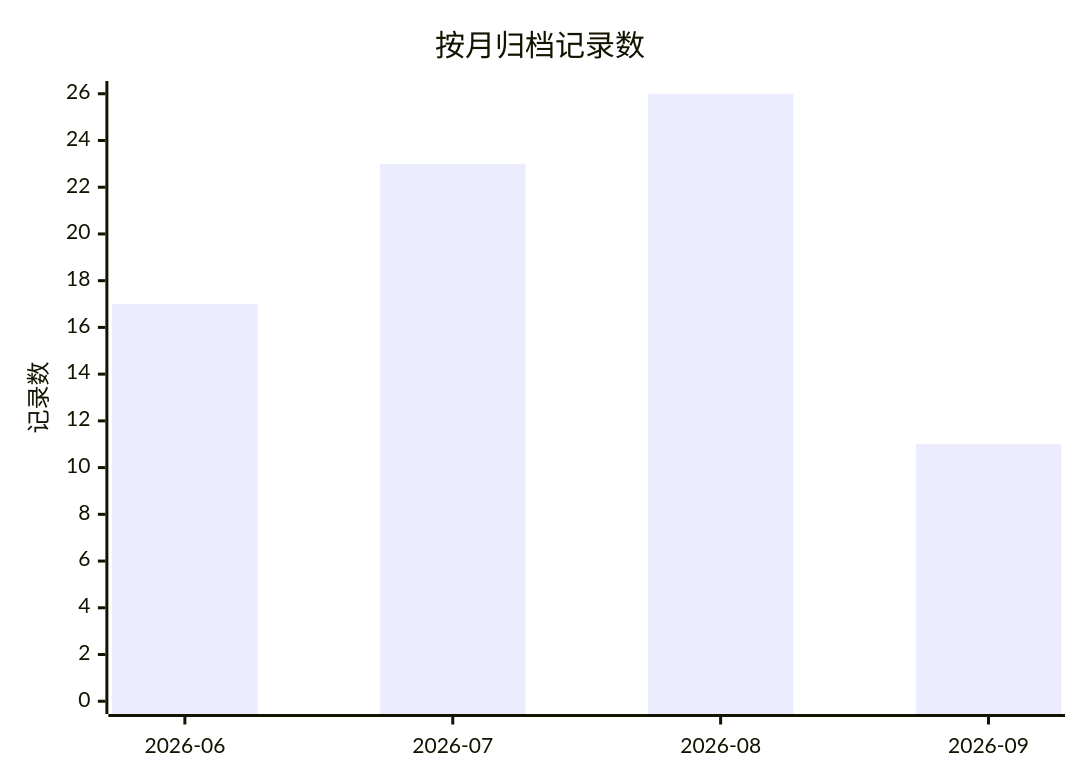
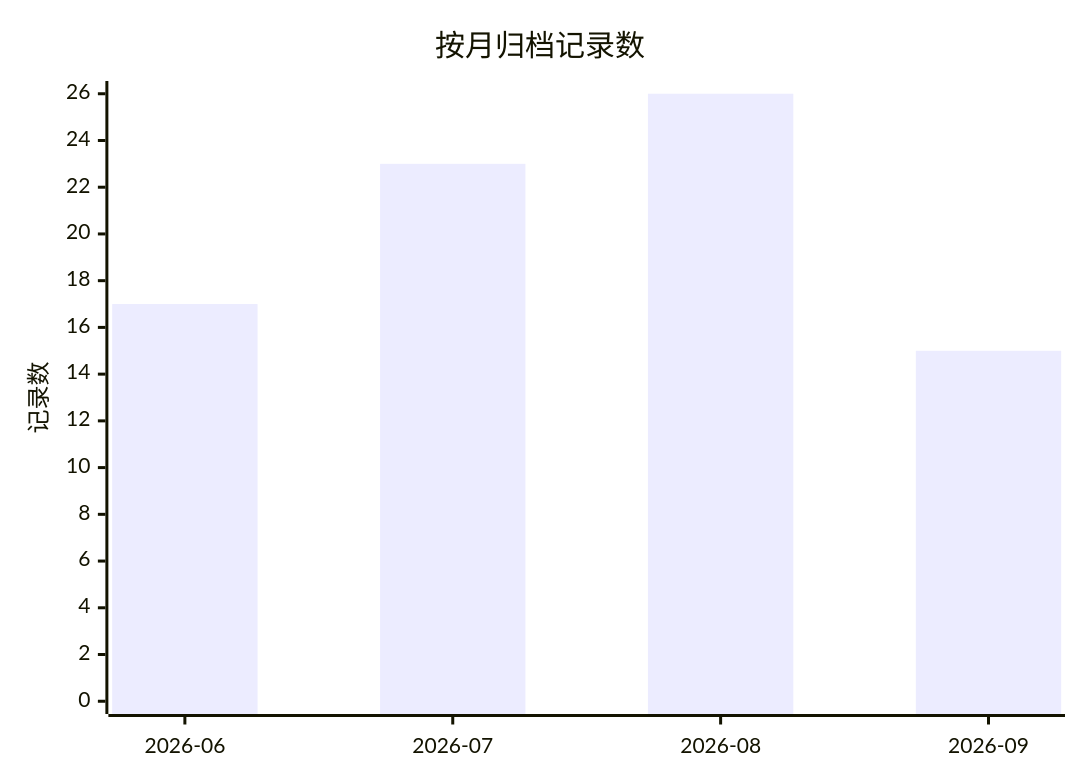
Before and after one commit to golddream-y/obsidian-ratel: the first of 2 diagrams in docs/superpowers/ARCHIVE.md, drawn with Mermaid. The commit also changed other lines of this file and 17 other files, not shown here.

````diff
--- a/docs/superpowers/ARCHIVE.md
+++ b/docs/superpowers/ARCHIVE.md
@@ -14,7 +14,7 @@
 ```mermaid
 xychart-beta
     title "按月归档记录数"
     x-axis ["2026-06", "2026-07", "2026-08", "2026-09"]
     y-axis "记录数" 0 --> 26
-    bar [17, 23, 26, 11]
+    bar [17, 23, 26, 15]
 ```
````
